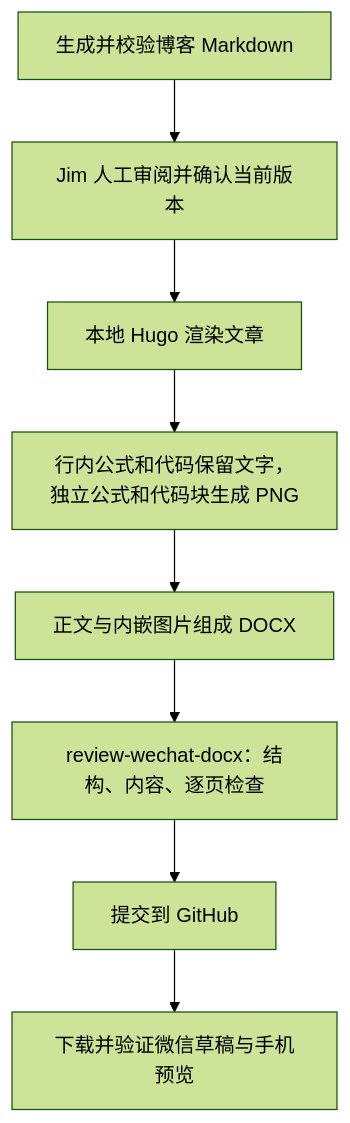
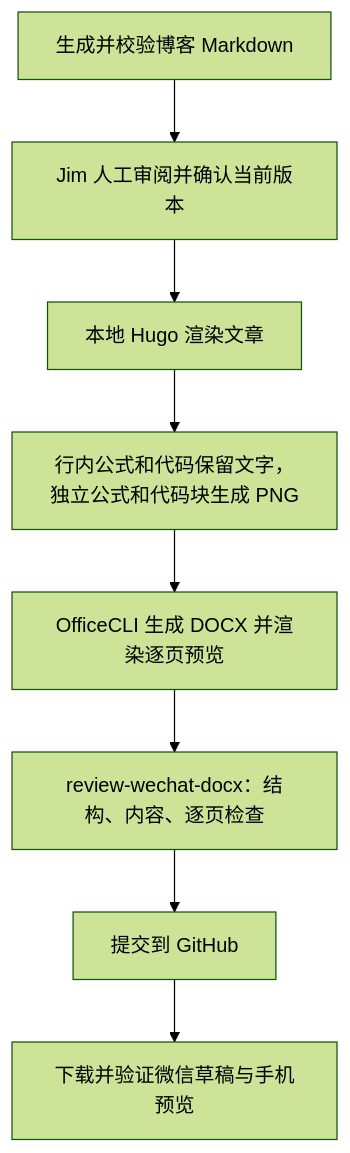
One commit to jimwang99/jimwang99.github.io changed the diagram in plans/markdown-wechat-docx.md. Above: the diagram before and after it, drawn with Mermaid (forest theme). The commit also changed other lines of this file and 18 other files, not shown here.

Commit message:
Use OfficeCLI for DOCX export and rendering

````diff
--- a/plans/markdown-wechat-docx.md
+++ b/plans/markdown-wechat-docx.md
@@ -26,10 +26,10 @@
 ```mermaid
 flowchart TD
     A[生成并校验博客 Markdown] --> R[Jim 人工审阅并确认当前版本]
     R --> B[本地 Hugo 渲染文章]
     B --> C[行内公式和代码保留文字，独立公式和代码块生成 PNG]
-    C --> D[正文与内嵌图片组成 DOCX]
+    C --> D[OfficeCLI 生成 DOCX 并渲染逐页预览]
     D --> Q[review-wechat-docx：结构、内容、逐页检查]
     Q --> E[提交到 GitHub]
     E --> F[下载并验证微信草稿与手机预览]
 ```
````
